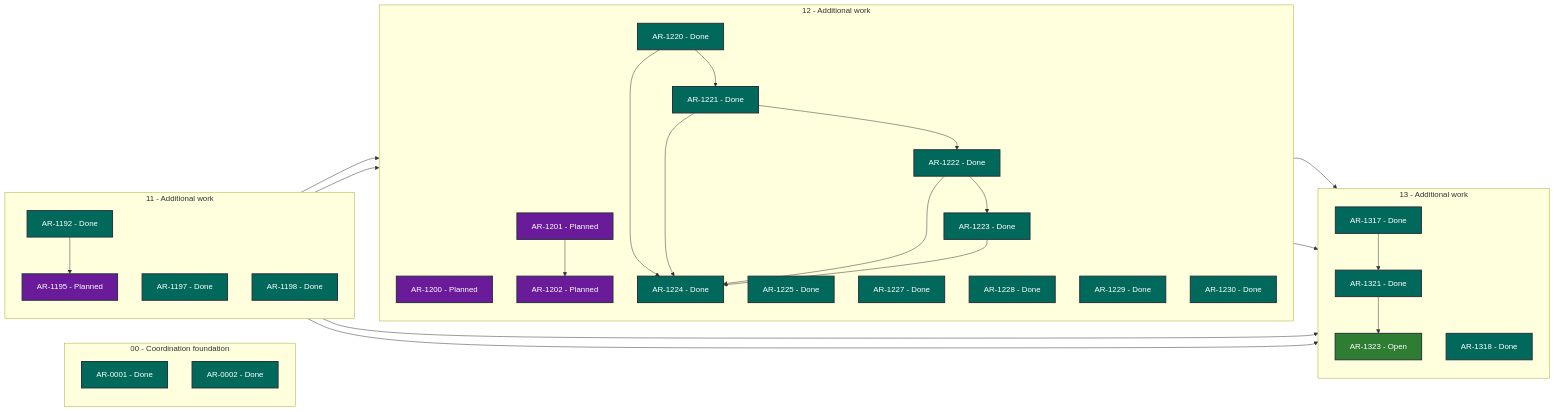
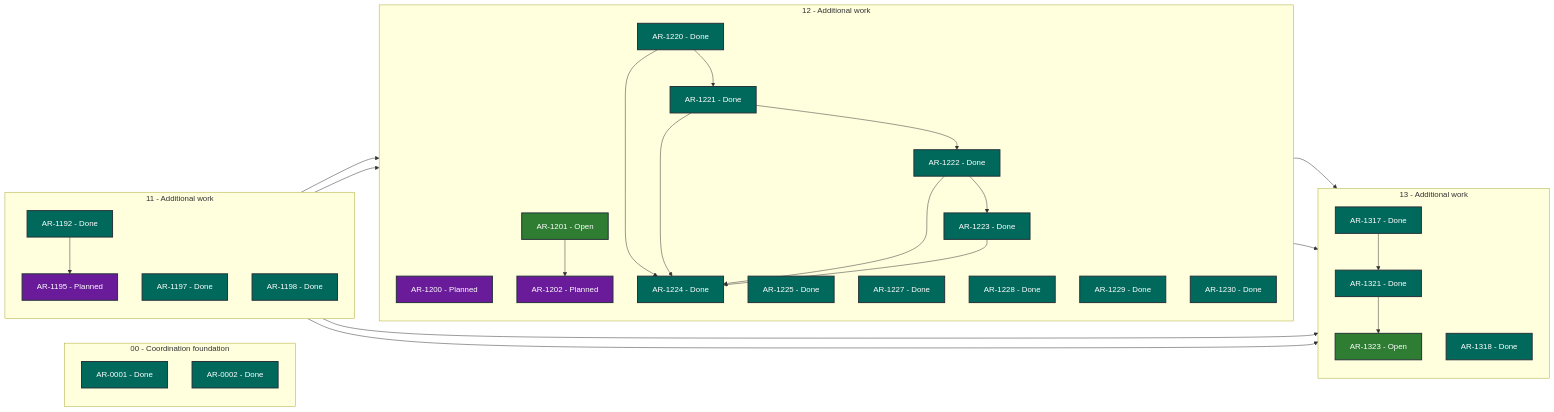
One commit to martin-beck/asb-tui-state changed the diagram in STATUS.md. Above: the diagram before and after it, drawn with Mermaid. The commit also changed other lines of this file and 2 other files, not shown here.

````diff
--- a/STATUS.md
+++ b/STATUS.md
@@ -27,63 +27,63 @@
 ```mermaid
 flowchart LR
     subgraph series_00["00 - Coordination foundation"]
         direction TB
         AR_0001["AR-0001 - Done"]:::status_done
         AR_0002["AR-0002 - Done"]:::status_done
     end
     subgraph series_11["11 - Additional work"]
         direction TB
         AR_1192["AR-1192 - Done"]:::status_done
         AR_1195["AR-1195 - Planned"]:::status_planned
         AR_1197["AR-1197 - Done"]:::status_done
         AR_1198["AR-1198 - Done"]:::status_done
     end
     subgraph series_12["12 - Additional work"]
         direction TB
         AR_1200["AR-1200 - Planned"]:::status_planned
-        AR_1201["AR-1201 - Planned"]:::status_planned
+        AR_1201["AR-1201 - Open"]:::status_open
         AR_1202["AR-1202 - Planned"]:::status_planned
         AR_1220["AR-1220 - Done"]:::status_done
         AR_1221["AR-1221 - Done"]:::status_done
         AR_1222["AR-1222 - Done"]:::status_done
         AR_1223["AR-1223 - Done"]:::status_done
         AR_1224["AR-1224 - Done"]:::status_done
         AR_1225["AR-1225 - Done"]:::status_done
         AR_1227["AR-1227 - Done"]:::status_done
         AR_1228["AR-1228 - Done"]:::status_done
         AR_1229["AR-1229 - Done"]:::status_done
         AR_1230["AR-1230 - Done"]:::status_done
     end
     subgraph series_13["13 - Additional work"]
         direction TB
         AR_1317["AR-1317 - Done"]:::status_done
         AR_1318["AR-1318 - Done"]:::status_done
         AR_1321["AR-1321 - Done"]:::status_done
         AR_1323["AR-1323 - Open"]:::status_open
     end
     AR_1192 --> AR_1195
     AR_1192 --> AR_1317
     AR_1195 --> AR_1200
     AR_1197 --> AR_1201
     AR_1197 --> AR_1317
     AR_1201 --> AR_1202
     AR_1220 --> AR_1221
     AR_1220 --> AR_1224
     AR_1221 --> AR_1222
     AR_1221 --> AR_1224
     AR_1222 --> AR_1223
     AR_1222 --> AR_1224
     AR_1223 --> AR_1224
     AR_1228 --> AR_1317
     AR_1229 --> AR_1317
     AR_1317 --> AR_1321
     AR_1321 --> AR_1323
     classDef status_in_progress fill:#1565c0,color:#ffffff,stroke:#263238,stroke-width:2px
     classDef status_open fill:#2e7d32,color:#ffffff,stroke:#263238,stroke-width:2px
     classDef status_blocked fill:#c62828,color:#ffffff,stroke:#263238,stroke-width:2px
     classDef status_planned fill:#6a1b9a,color:#ffffff,stroke:#263238,stroke-width:2px
     classDef status_future fill:#455a64,color:#ffffff,stroke:#263238,stroke-width:2px
     classDef status_done fill:#00695c,color:#ffffff,stroke:#263238,stroke-width:2px
     classDef status_cancelled fill:#616161,color:#ffffff,stroke:#263238,stroke-width:2px
     classDef status_superseded fill:#5d4037,color:#ffffff,stroke:#263238,stroke-width:2px
 ```
````
